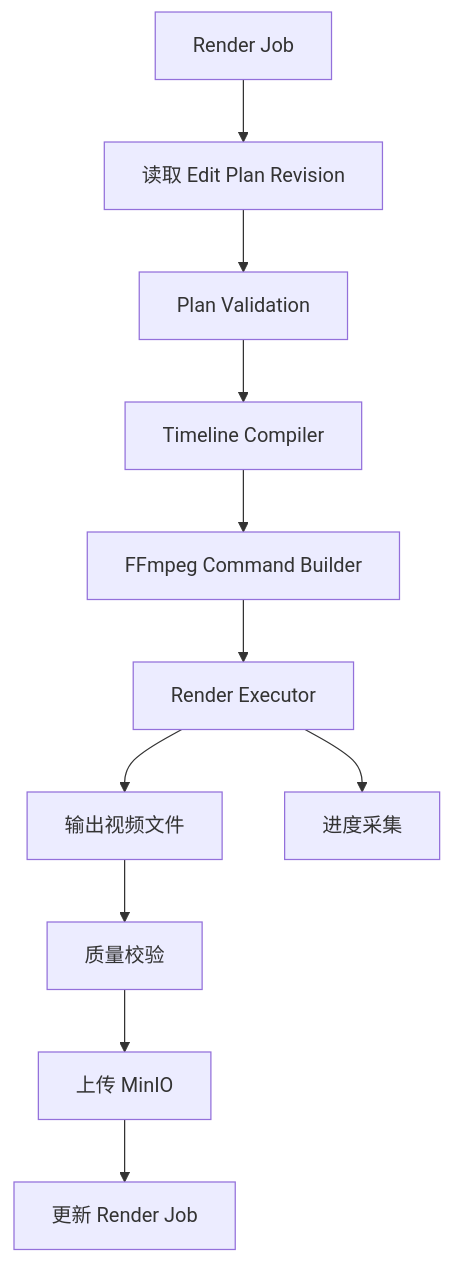
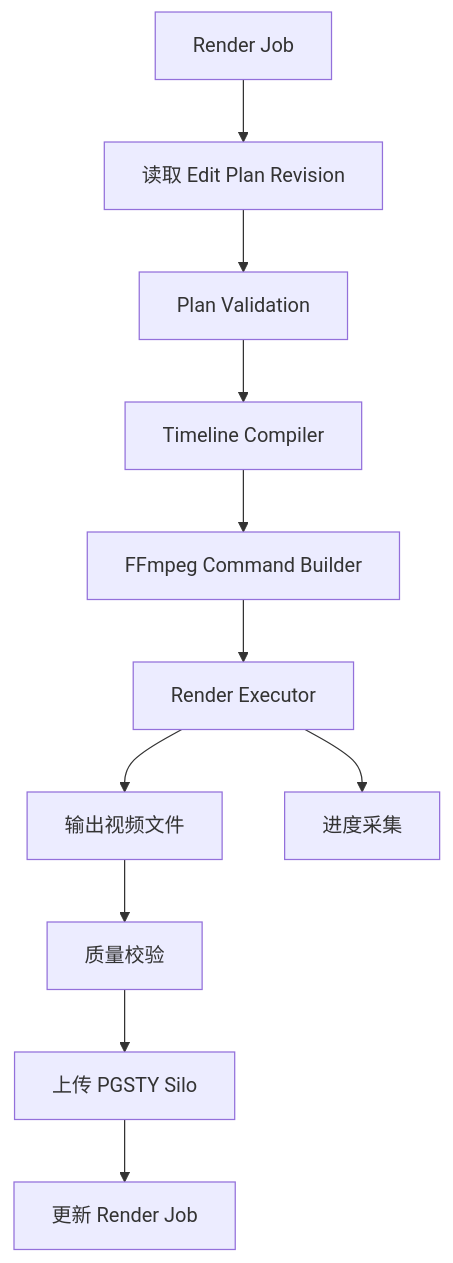
Before and after one commit to Hou1464851806/AgenticVideo: the diagram in backend/rendering/README.md, drawn with Mermaid. The commit also changed other lines of this file and 11 other files, not shown here.

First line of the commit message:
docs: plan milestone 1 and adopt PGSTY Silo

````diff
--- a/backend/rendering/README.md
+++ b/backend/rendering/README.md
@@ -71,15 +72,15 @@
 ```mermaid
 flowchart TD
     A["Render Job"] --> B["读取 Edit Plan Revision"]
     B --> C["Plan Validation"]
     C --> D["Timeline Compiler"]
     D --> E["FFmpeg Command Builder"]
     E --> F["Render Executor"]
 
     F --> G["输出视频文件"]
     F --> H["进度采集"]
 
     G --> I["质量校验"]
-    I --> J["上传 MinIO"]
+    I --> J["上传 PGSTY Silo"]
     J --> K["更新 Render Job"]
 ```
````
